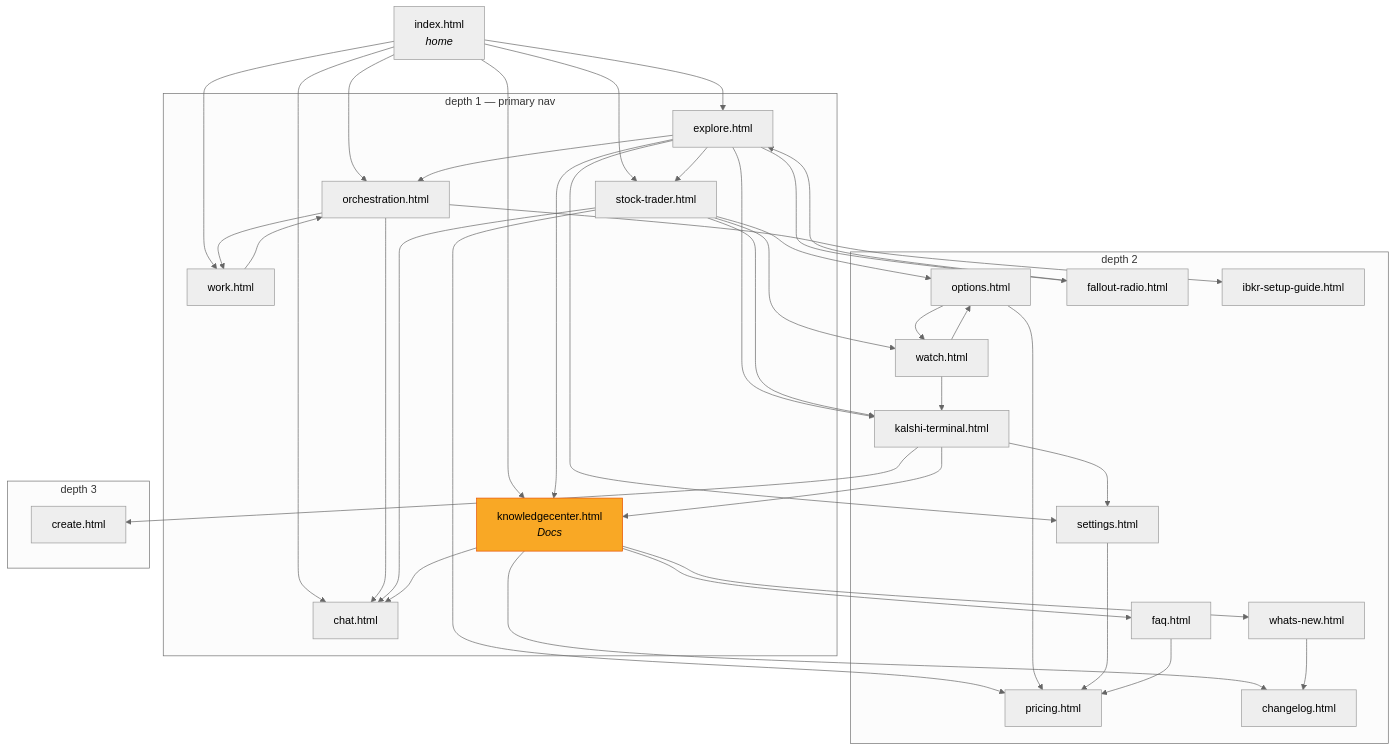
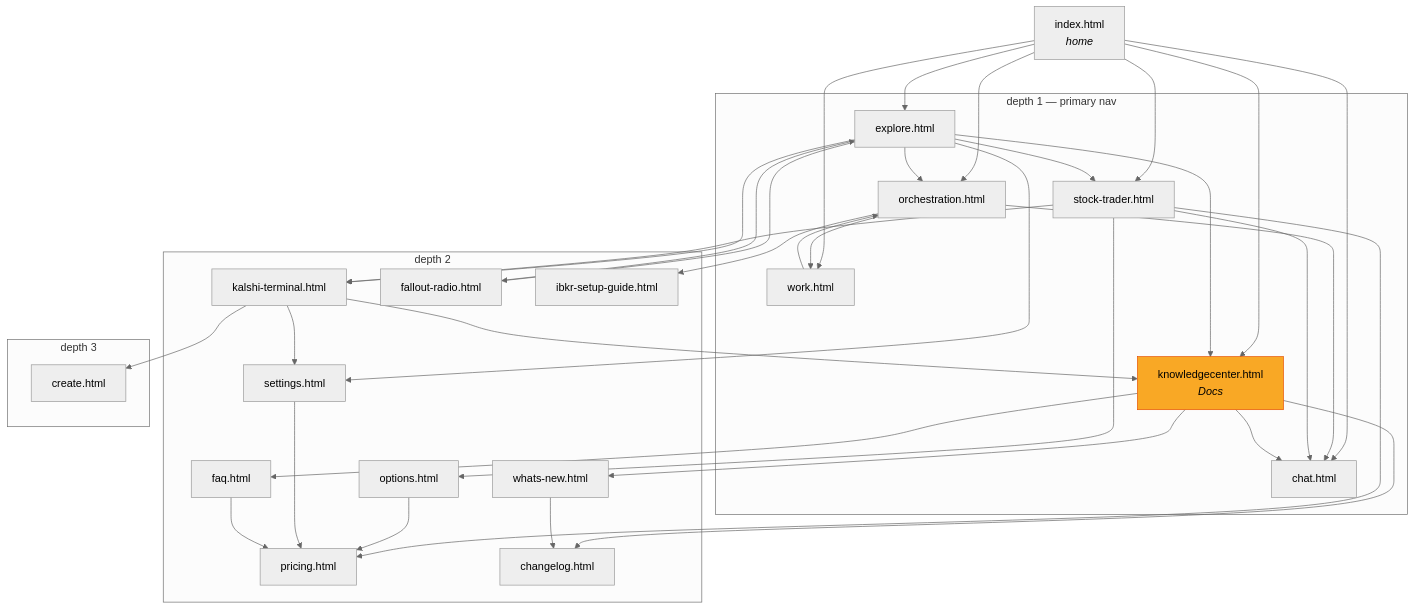
One commit to alex-place/lantern-os changed the diagram in docs/SITEMAP-NAV-MAP.md. Above: the diagram before and after it, drawn with Mermaid (neutral theme). The commit also changed other lines of this file and 13 other files, not shown here.

````diff
--- a/docs/SITEMAP-NAV-MAP.md
+++ b/docs/SITEMAP-NAV-MAP.md
@@ -21,72 +21,67 @@
 ```mermaid
 flowchart TD
   index["index.html<br/><i>home</i>"]
 
   subgraph d1 ["depth 1 — primary nav"]
     chat["chat.html"]
     explore["explore.html"]
     orch["orchestration.html"]
     trader["stock-trader.html"]
     work["work.html"]
     kc["knowledgecenter.html<br/><i>Docs</i>"]
   end
 
   subgraph d2 ["depth 2"]
     kalshi["kalshi-terminal.html"]
     settings["settings.html"]
     pricing["pricing.html"]
     options["options.html"]
-    watch["watch.html"]
     radio["fallout-radio.html"]
     ibkrGuide["ibkr-setup-guide.html"]
     faq["faq.html"]
     changelog["changelog.html"]
     whatsnew["whats-new.html"]
   end
 
   subgraph d3 ["depth 3"]
     create["create.html"]
   end
 
   index --> chat
   index --> explore
   index --> orch
   index --> trader
   index --> work
   index --> kc
 
   explore --> kc
   explore --> kalshi
   explore --> settings
   explore --> radio
   explore --> trader
   explore --> orch
   orch --> work
   orch --> chat
   orch --> ibkrGuide
   work --> orch
   trader --> kalshi
   trader --> options
   trader --> pricing
-  trader --> watch
   trader --> chat
   kalshi --> kc
   kalshi --> settings
   kalshi --> create
-  watch --> options
-  watch --> kalshi
-  options --> watch
   options --> pricing
   settings --> pricing
   radio --> explore
 
   kc --> faq
   kc --> changelog
   kc --> whatsnew
   kc --> chat
   faq --> pricing
   whatsnew --> changelog
 
   classDef kcStyle fill:#f9a825,stroke:#e65100,color:#000
   class kc kcStyle
 ```
````
